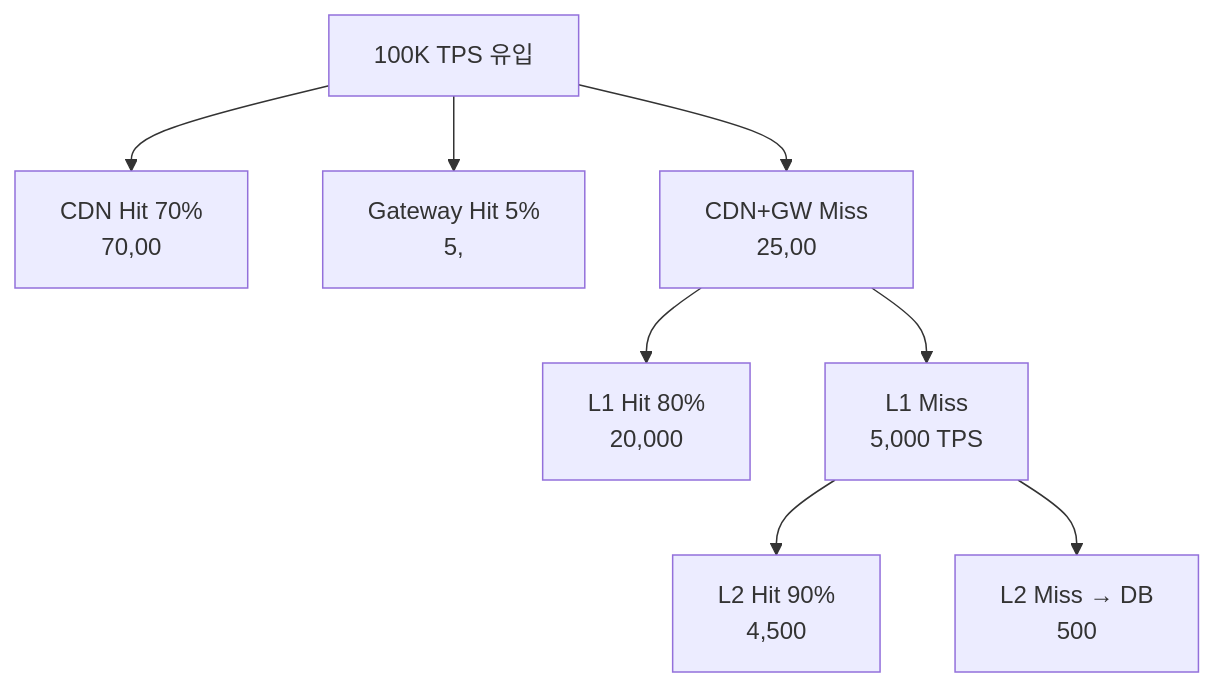
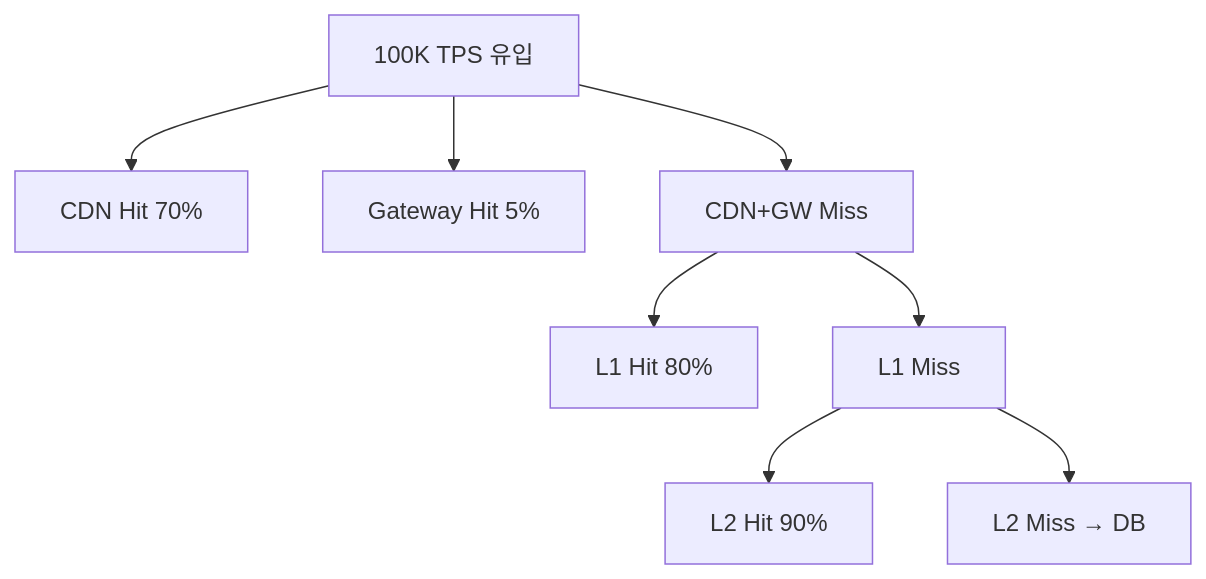
Before and after one commit to yjkim2015/yjkim2015.github.io: the sixth of 8 diagrams in _posts/caching/2026-05-03-multi-layer-caching.md, drawn with Mermaid. The commit also changed other lines of this file and 217 other files, not shown here.

First line of the commit message:
Mermaid 크기 수정: useMaxWidth:true + SVG max-width:100% + 라벨 축소

````diff
--- a/_posts/caching/2026-05-03-multi-layer-caching.md
+++ b/_posts/caching/2026-05-03-multi-layer-caching.md
@@ -512,10 +512,10 @@
 ```mermaid
 graph TD
-    Total["100K TPS 유입"] --> CDN["CDN Hit 70%\n70,00"]
-    Total --> GW["Gateway Hit 5%\n5,"]
-    Total --> Miss1["CDN+GW Miss\n25,00"]
-    Miss1 --> L1["L1 Hit 80%\n20,000"]
-    Miss1 --> Miss2["L1 Miss\n5,000 TPS"]
-    Miss2 --> L2["L2 Hit 90%\n4,500"]
-    Miss2 --> DB["L2 Miss → DB\n500"]
+    Total["100K TPS 유입"] --> CDN["CDN Hit 70%"]
+    Total --> GW["Gateway Hit 5%"]
+    Total --> Miss1["CDN+GW Miss"]
+    Miss1 --> L1["L1 Hit 80%"]
+    Miss1 --> Miss2["L1 Miss"]
+    Miss2 --> L2["L2 Hit 90%"]
+    Miss2 --> DB["L2 Miss → DB"]
 ```
````
